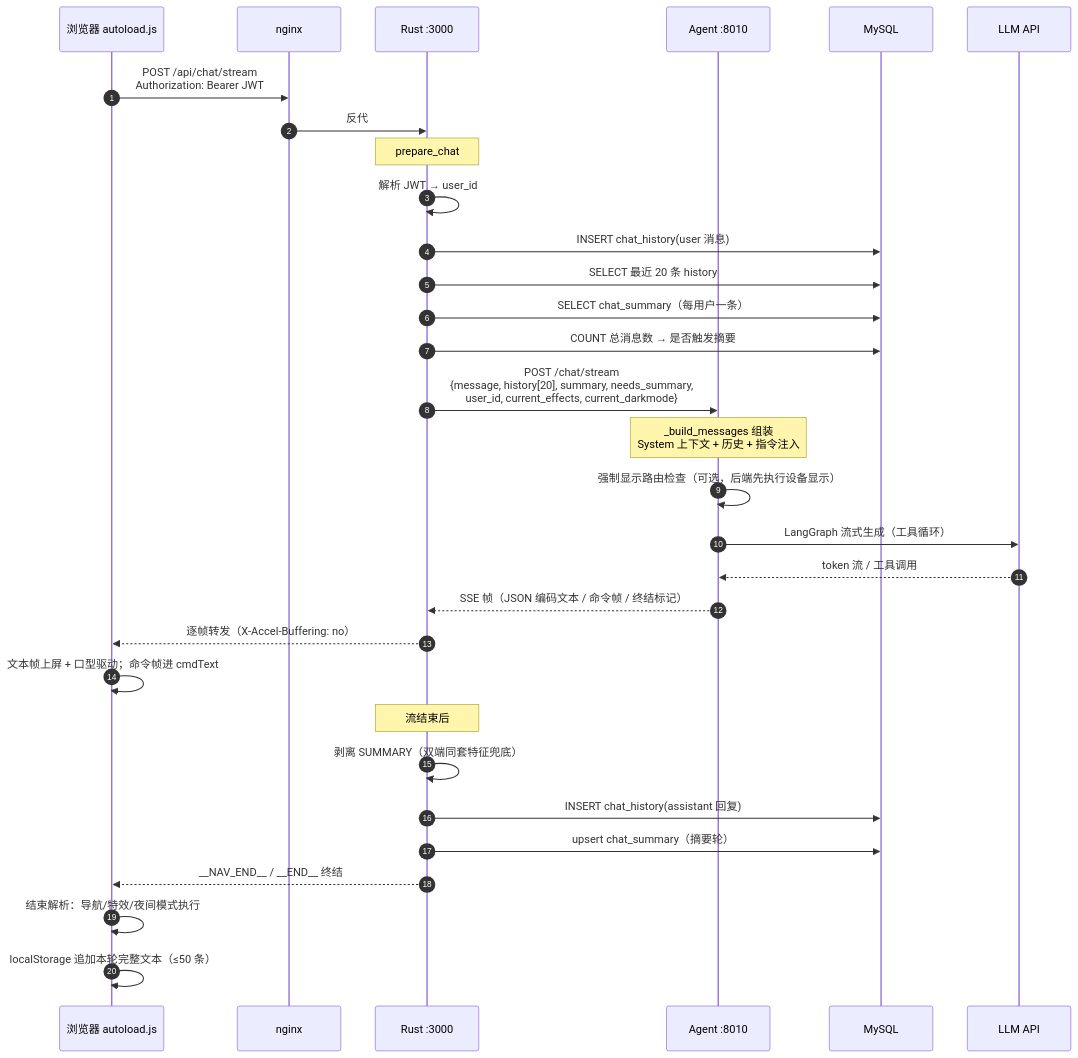
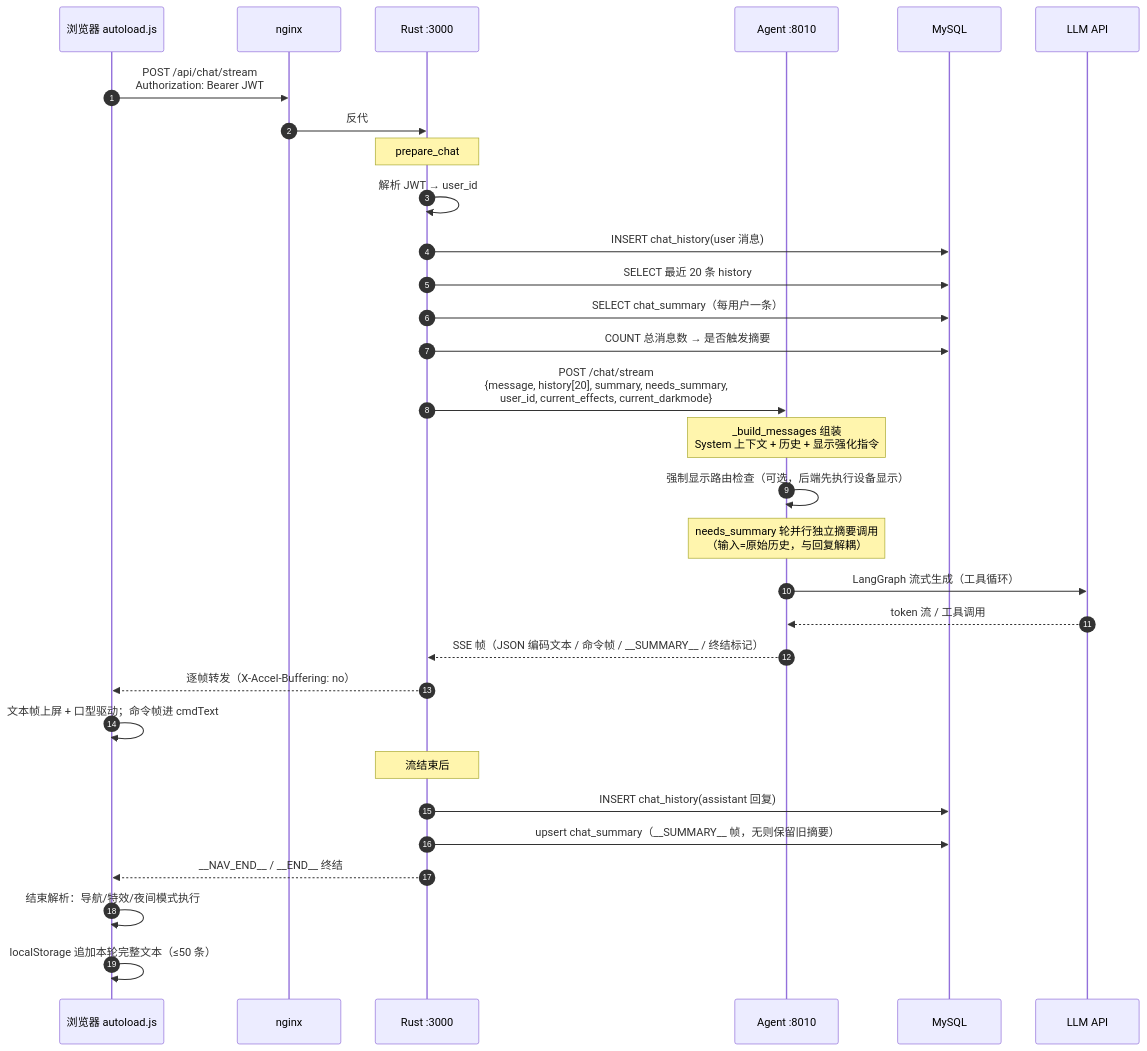
The second of 5 diagrams in docs/agent-architecture.md (BigLeopardCat/saudade-blog-agent), drawn with Mermaid before and after one commit. The commit also changed other lines of this file and 2 other files, not shown here.

````diff
--- a/docs/agent-architecture.md
+++ b/docs/agent-architecture.md
@@ -122,34 +124,34 @@
 ```mermaid
 sequenceDiagram
     autonumber
     participant B as 浏览器 autoload.js
     participant N as nginx
     participant R as Rust :3000
     participant A as Agent :8010
     participant DB as MySQL
     participant L as LLM API
 
     B->>N: POST /api/chat/stream<br/>Authorization: Bearer JWT
     N->>R: 反代
     Note over R: prepare_chat
     R->>R: 解析 JWT → user_id
     R->>DB: INSERT chat_history(user 消息)
     R->>DB: SELECT 最近 20 条 history
     R->>DB: SELECT chat_summary（每用户一条）
     R->>DB: COUNT 总消息数 → 是否触发摘要
     R->>A: POST /chat/stream<br/>{message, history[20], summary, needs_summary,<br/>user_id, current_effects, current_darkmode}
-    Note over A: _build_messages 组装<br/>System 上下文 + 历史 + 指令注入
+    Note over A: _build_messages 组装<br/>System 上下文 + 历史 + 显示强化指令
     A->>A: 强制显示路由检查（可选，后端先执行设备显示）
+    Note over A: needs_summary 轮并行独立摘要调用<br/>（输入=原始历史，与回复解耦）
     A->>L: LangGraph 流式生成（工具循环）
     L-->>A: token 流 / 工具调用
-    A-->>R: SSE 帧（JSON 编码文本 / 命令帧 / 终结标记）
+    A-->>R: SSE 帧（JSON 编码文本 / 命令帧 / __SUMMARY__ / 终结标记）
     R-->>B: 逐帧转发（X-Accel-Buffering: no）
     B->>B: 文本帧上屏 + 口型驱动；命令帧进 cmdText
     Note over R: 流结束后
-    R->>R: 剥离 SUMMARY（双端同套特征兜底）
     R->>DB: INSERT chat_history(assistant 回复)
-    R->>DB: upsert chat_summary（摘要轮）
+    R->>DB: upsert chat_summary（__SUMMARY__ 帧，无则保留旧摘要）
     R-->>B: __NAV_END__ / __END__ 终结
     B->>B: 结束解析：导航/特效/夜间模式执行
     B->>B: localStorage 追加本轮完整文本（≤50 条）
 ```
````
